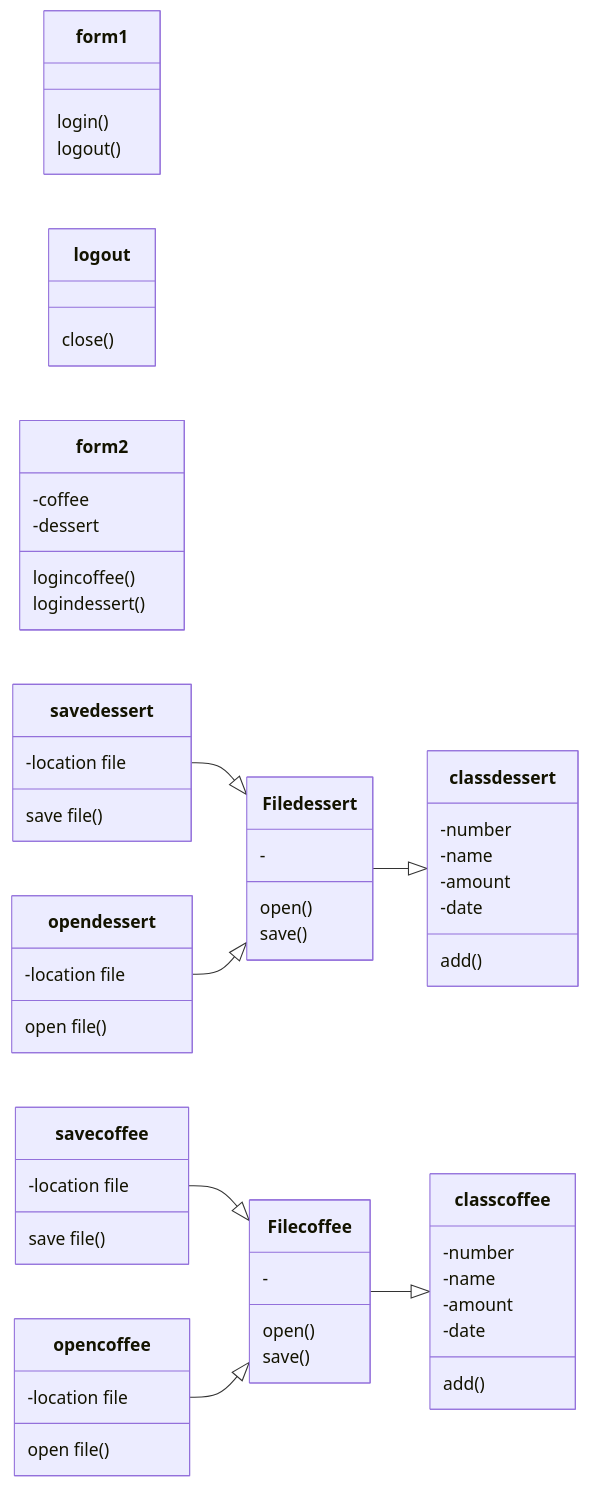
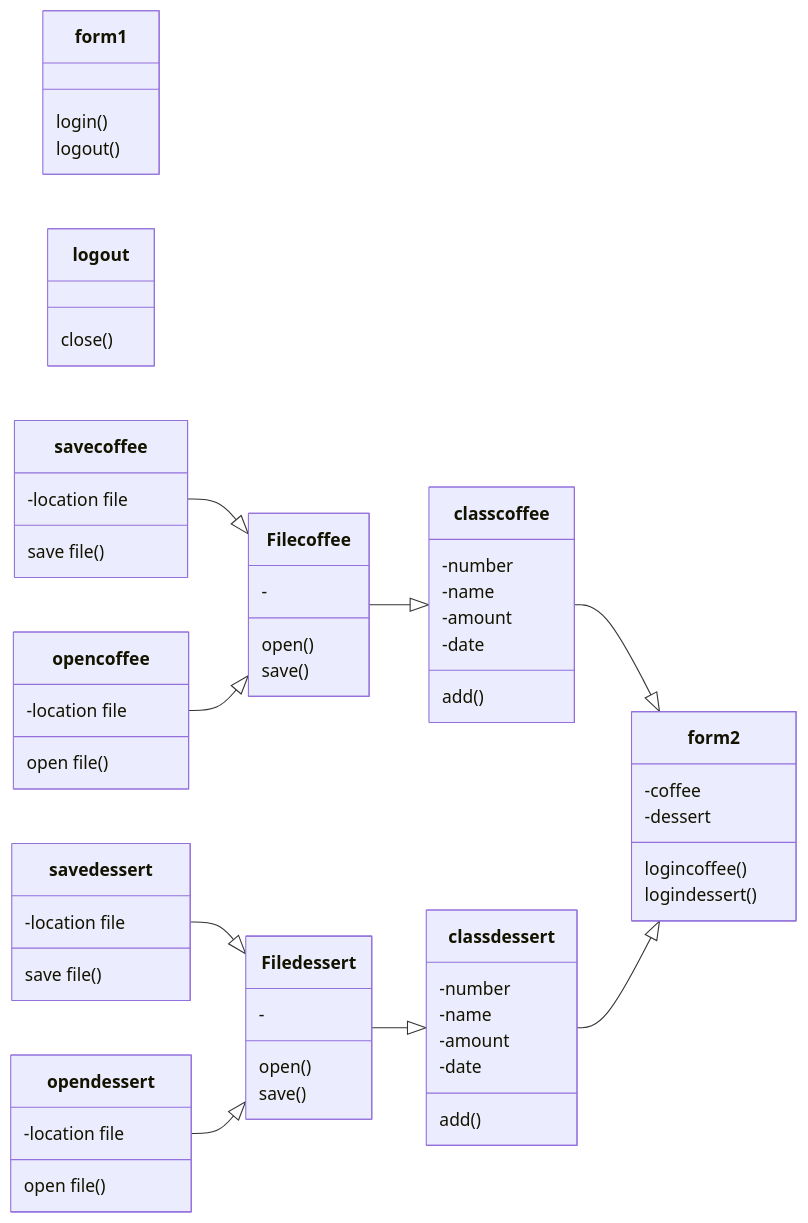
One commit to Syxsaran/ReportSalesCoffee changed the diagram in README.md. Above: the diagram before and after it, drawn with Mermaid.

````diff
--- a/README.md
+++ b/README.md
@@ -11,65 +11,68 @@
 ```mermaid
 classDiagram
   direction LR
   class form1{
   login()
   logout()
   }
   class logout{
   close()
   }
   class form2{
   -coffee
   -dessert
   logincoffee()
   logindessert()
   }
   class classcoffee{
   -number
   -name
   -amount
   -date
   add()
   }
   class classdessert{
   -number
   -name
   -amount
   -date
   add()
   }
   class Filecoffee{
   -
   open()
   save()
   }
   class Filedessert{
   -
   open()
   save()
   }
   class opendessert{
   -location file
   open file()
   }
   class savedessert{
   -location file
   save file()
   }
   class opencoffee{
   -location file
   open file()
   }
   class savecoffee{
   -location file
   save file()
   }
   savecoffee --|> Filecoffee
   opencoffee --|> Filecoffee
   
   savedessert --|> Filedessert
   opendessert --|> Filedessert
   
   Filedessert --|> classdessert
   Filecoffee --|> classcoffee
+  
+  classcoffee --|> form2
+  classdessert --|> form2
   ```
````
